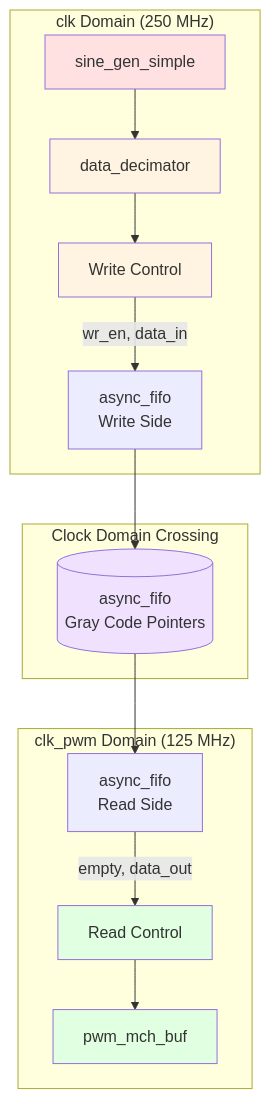
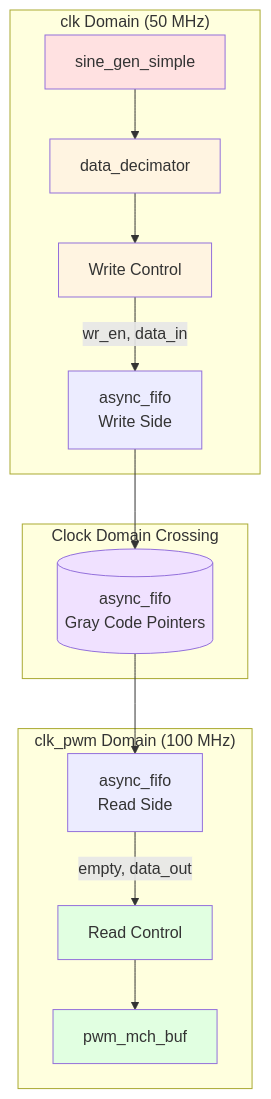
Before and after one commit to ekazakov1507/pwm_demo: the fifth of 5 diagrams in docs/src/buffers/README.md, drawn with Mermaid. The commit also changed other lines of this file and 10 other files, not shown here.

````diff
--- a/docs/src/buffers/README.md
+++ b/docs/src/buffers/README.md
@@ -387,34 +387,34 @@
 ```mermaid
 graph TB
-    subgraph "clk Domain (250 MHz)"
+    subgraph "clk Domain (50 MHz)"
         SINE[sine_gen_simple]
         DEC[data_decimator]
         WR_CTRL[Write Control]
         FIFO_WR[async_fifo<br/>Write Side]
     end
 
     subgraph "Clock Domain Crossing"
         FIFO[(async_fifo<br/>Gray Code Pointers)]
     end
 
-    subgraph "clk_pwm Domain (125 MHz)"
+    subgraph "clk_pwm Domain (100 MHz)"
         FIFO_RD[async_fifo<br/>Read Side]
         RD_CTRL[Read Control]
         PWM[pwm_mch_buf]
     end
 
     SINE --> DEC
     DEC --> WR_CTRL
     WR_CTRL -->|wr_en, data_in| FIFO_WR
     FIFO_WR --> FIFO
     FIFO --> FIFO_RD
     FIFO_RD -->|empty, data_out| RD_CTRL
     RD_CTRL --> PWM
 
     style SINE fill:#ffe1e1
     style DEC fill:#fff4e1
     style WR_CTRL fill:#fff4e1
     style FIFO fill:#f0e1ff
     style RD_CTRL fill:#e1ffe1
     style PWM fill:#e1ffe1
 ```
````
